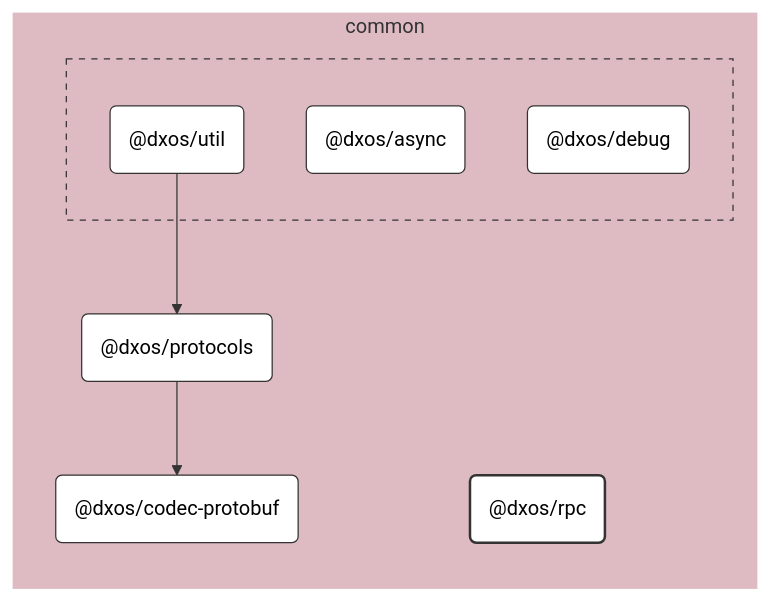
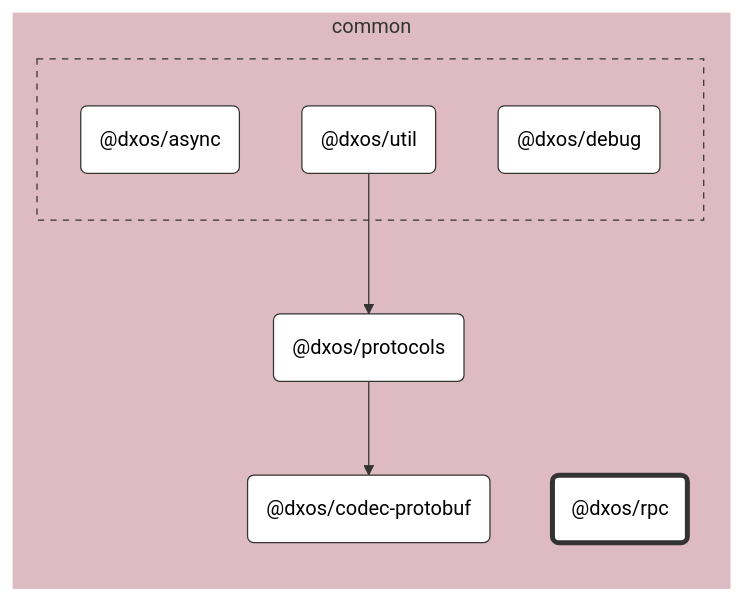
Before and after one commit to dxos/dxos: the diagram in packages/common/rpc/docs/README.md, drawn with Mermaid (forest theme). The commit also changed 104 other files, not shown here.

````diff
--- a/packages/common/rpc/docs/README.md
+++ b/packages/common/rpc/docs/README.md
@@ -7,47 +7,36 @@
 ```mermaid
 %%{ init: {'flowchart':{'curve':'basis'}} }%%
 
 flowchart LR
 
-%% Links
-dxos/protocols --> dxos/codec-protobuf;
-dxos/util --> dxos/protocols;
+%% Classes
+classDef def fill:#fff,stroke:#333,stroke-width:1px
+classDef root fill:#fff,stroke:#333,stroke-width:4px
 
-%% Sections
-subgraph common
-  style common fill:#debac2,stroke:#fff;
+%% Nodes
 
-  dxos/codec-protobuf("@dxos/codec-protobuf")
-  dxos/protocols("@dxos/protocols")
-  dxos/rpc("@dxos/rpc")
+subgraph common [common]
+  style common fill:#debac2,stroke:#fff
+  dxos/rpc("@dxos/rpc"):::root
+  click dxos/rpc "dxos/dxos/tree/main/packages/common/rpc/docs"
+  dxos/codec-protobuf("@dxos/codec-protobuf"):::def
+  click dxos/codec-protobuf "dxos/dxos/tree/main/packages/common/codec-protobuf/docs"
+  dxos/protocols("@dxos/protocols"):::def
+  click dxos/protocols "dxos/dxos/tree/main/packages/common/protocols/docs"
 
   subgraph common-excluded [ ]
-    style common-excluded fill:#debac2,stroke:#333,stroke-dasharray:5 5;
-
-    dxos/async("@dxos/async")
-    dxos/debug("@dxos/debug")
-    dxos/util("@dxos/util")
+    style common-excluded fill:#debac2,stroke:#333,stroke-dasharray:5 5
+    dxos/async("@dxos/async"):::def
+    click dxos/async "dxos/dxos/tree/main/packages/common/async/docs"
+    dxos/debug("@dxos/debug"):::def
+    click dxos/debug "dxos/dxos/tree/main/packages/common/debug/docs"
+    dxos/util("@dxos/util"):::def
+    click dxos/util "dxos/dxos/tree/main/packages/common/util/docs"
   end
 end
 
-
-%% Hyperlinks
-click dxos/async "dxos/dxos/tree/main/packages/common/async/docs";
-click dxos/codec-protobuf "dxos/dxos/tree/main/packages/common/codec-protobuf/docs";
-click dxos/debug "dxos/dxos/tree/main/packages/common/debug/docs";
-click dxos/protocols "dxos/dxos/tree/main/packages/common/protocols/docs";
-click dxos/util "dxos/dxos/tree/main/packages/common/util/docs";
-
-%% Styles
-classDef rootNode fill:#fff,stroke:#333,stroke-width:2px
-classDef defaultNode fill:#fff,stroke:#333,stroke-width:1px
+%% Links
 linkStyle default stroke:#333,stroke-width:1px
-
-dxos/rpc:::rootNode
-
-dxos/async:::defaultNode
-dxos/codec-protobuf:::defaultNode
-dxos/debug:::defaultNode
-dxos/protocols:::defaultNode
-dxos/util:::defaultNode
+dxos/protocols --> dxos/codec-protobuf
+dxos/util --> dxos/protocols
 ```
````
